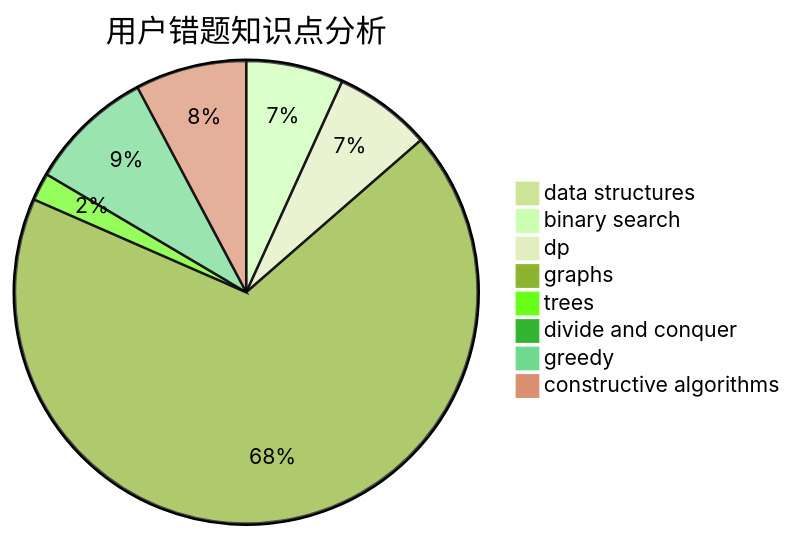
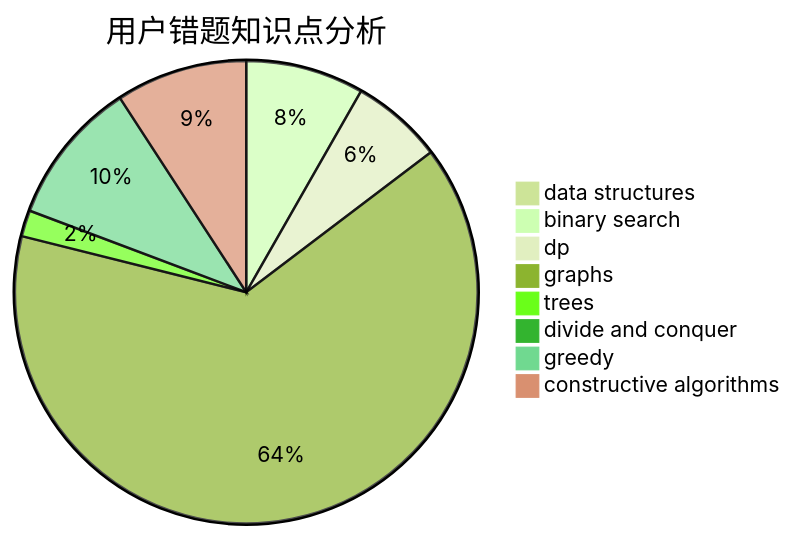
Before and after one commit to sherpahu/cfrs.github.io: the third of 3 diagrams in docs/user/u1745.md, drawn with Mermaid (forest theme). The commit also changed other lines of this file and 2770 other files, not shown here.

````diff
--- a/docs/user/u1745.md
+++ b/docs/user/u1745.md
@@ -36,11 +36,11 @@
 ```mermaid
 pie title 用户错题知识点分析
     "data structures" :  0
-    "binary search" :  7
+    "binary search" :  9
     "dp" :  7
     "graphs" :  70
     "trees" :  2
     "divide and conquer" :  0
-    "greedy" :  9
-    "constructive algorithms" :  8
+    "greedy" :  11
+    "constructive algorithms" :  10
 ```
````
